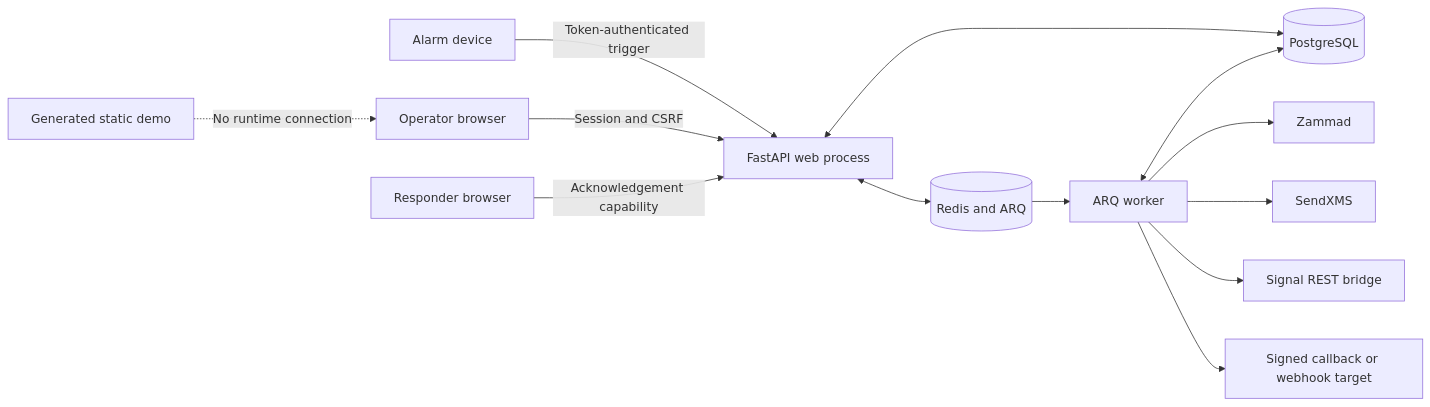
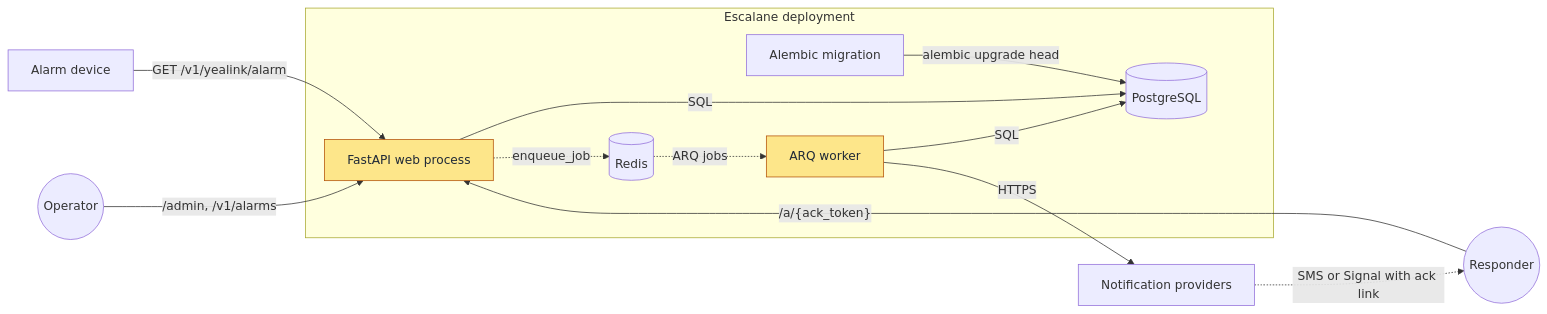
Before and after one commit to sebastianspicker/escalane: the first of 6 diagrams in docs/ARCHITECTURE.md, drawn with Mermaid. The commit also changed other lines of this file and 1 other file, not shown here.

First line of the commit message:
Document how Escalane works with traced diagrams

````diff
--- a/docs/ARCHITECTURE.md
+++ b/docs/ARCHITECTURE.md
@@ -14,15 +16,26 @@
 ```mermaid
 flowchart LR
-    Device[Alarm device] -->|Token-authenticated trigger| API[FastAPI web process]
-    Operator[Operator browser] -->|Session and CSRF| API
-    Responder[Responder browser] -->|Acknowledgement capability| API
-    API <--> PostgreSQL[(PostgreSQL)]
-    API <--> Redis[(Redis and ARQ)]
-    Redis --> Worker[ARQ worker]
-    Worker <--> PostgreSQL
-    Worker --> Zammad[Zammad]
-    Worker --> SendXMS[SendXMS]
-    Worker --> Signal[Signal REST bridge]
-    Worker --> Webhook[Signed callback or webhook target]
-    StaticDemo[Generated static demo] -. No runtime connection .-> Operator
+    device[Alarm device]
+    operator((Operator))
+    responder((Responder))
+    subgraph deployment [Escalane deployment]
+        migration[Alembic migration]
+        api[FastAPI web process]
+        worker[ARQ worker]
+        pg[(PostgreSQL)]
+        redis[(Redis)]
+    end
+    providers[Notification providers]
+    device -->|"GET /v1/yealink/alarm"| api
+    operator -->|"/admin, /v1/alarms"| api
+    responder -->|"/a/{ack_token}"| api
+    migration -->|alembic upgrade head| pg
+    api -->|SQL| pg
+    api -.->|enqueue_job| redis
+    redis -.->|ARQ jobs| worker
+    worker -->|SQL| pg
+    worker -->|HTTPS| providers
+    providers -.->|SMS or Signal with ack link| responder
+    classDef focus fill:#fde68a,stroke:#b45309,color:#1f2937
+    class api,worker focus
 ```
````
